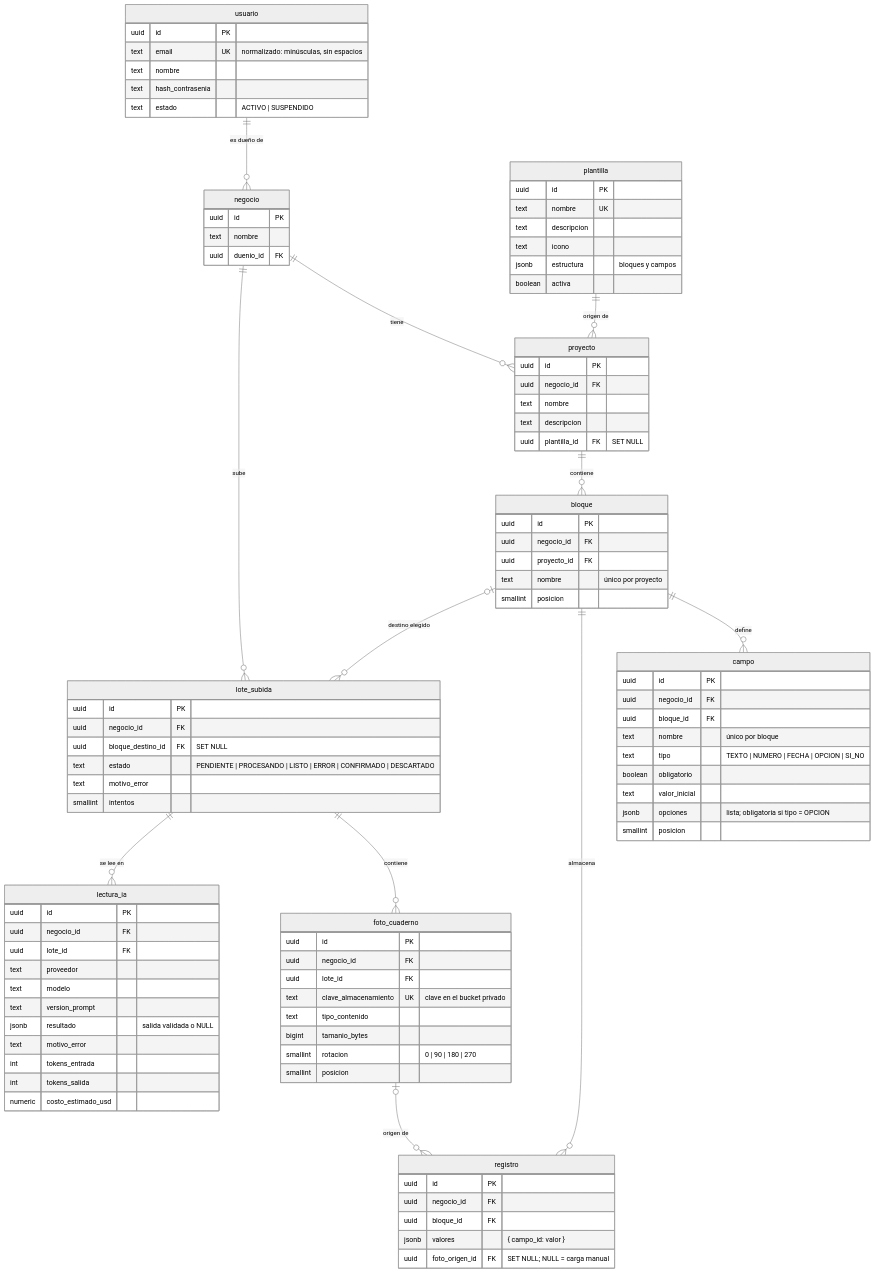
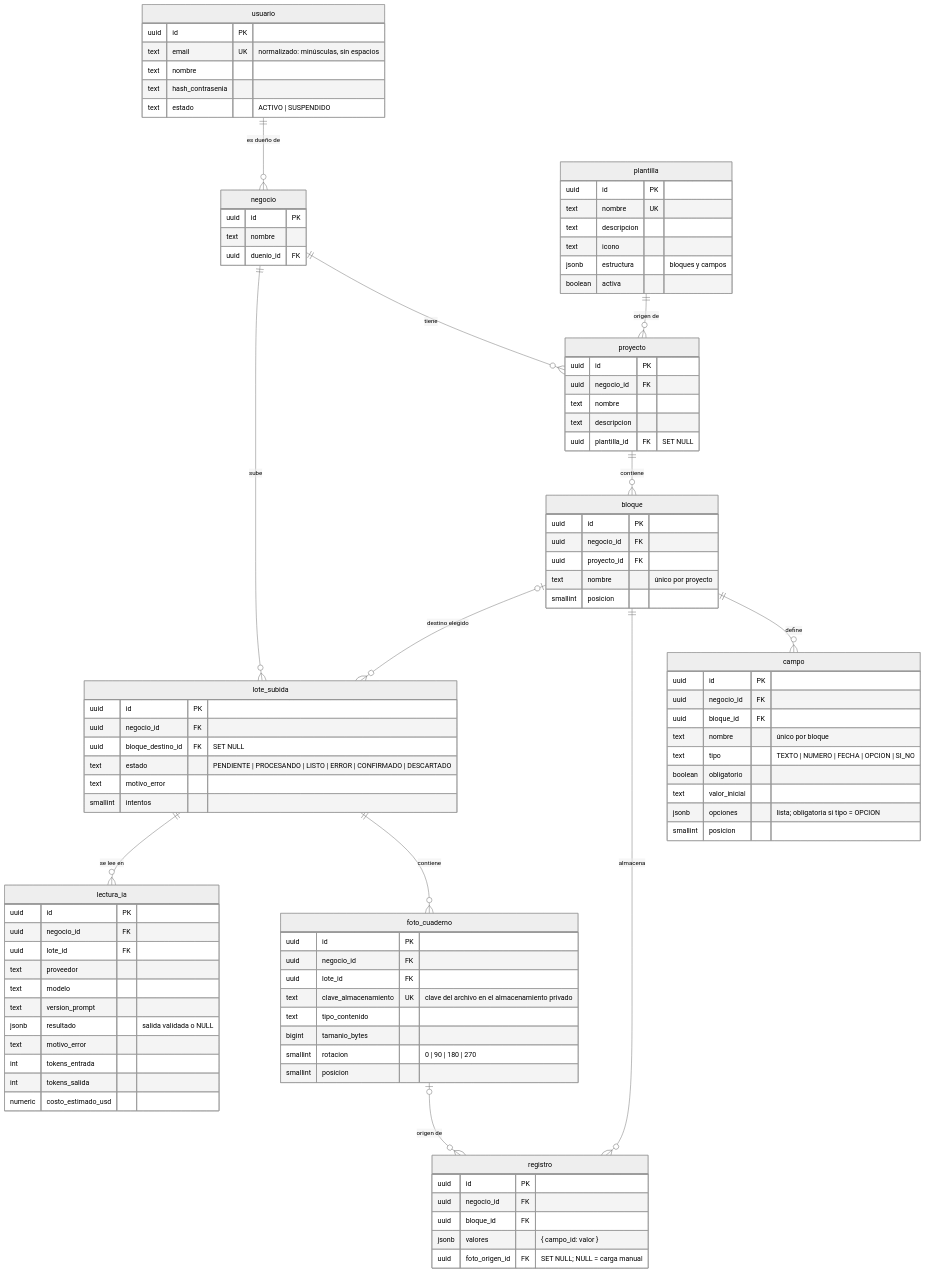
The diagram in docs/modelo-datos.md (gonzaviale/Ensambla), drawn with Mermaid (neutral theme) before and after one commit. The commit also changed 22 other files, not shown here.

```diff
--- a/docs/modelo-datos.md
+++ b/docs/modelo-datos.md
@@ -120,7 +120,7 @@
         uuid id PK
         uuid negocio_id FK
         uuid lote_id FK
-        text clave_almacenamiento UK "clave en el bucket privado"
+        text clave_almacenamiento UK "clave del archivo en el almacenamiento privado"
         text tipo_contenido
         bigint tamanio_bytes
         smallint rotacion "0 | 90 | 180 | 270"
```
